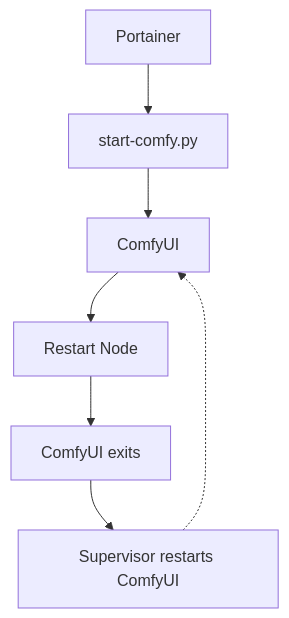
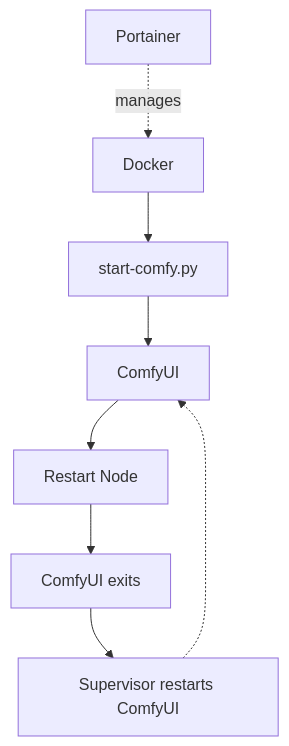
One commit to nadamas2000/comfy-restart changed the third of 4 diagrams in README.md. Above: the diagram before and after it, drawn with Mermaid.

Commit message:
Fix Docker/Portainer diagram: Docker controls the container, Portainer only manages Docker

````diff
--- a/README.md
+++ b/README.md
@@ -325,9 +325,10 @@
 ```mermaid
 flowchart TD
-    A[Portainer] --> B[start-comfy.py]
-    B --> C[ComfyUI]
-    C --> D[Restart Node]
-    D --> E[ComfyUI exits]
-    E --> F[Supervisor restarts ComfyUI]
+    P[Portainer] -.->|manages| D[Docker]
+    D --> S[start-comfy.py]
+    S --> C[ComfyUI]
+    C --> R[Restart Node]
+    R --> X[ComfyUI exits]
+    X --> F[Supervisor restarts ComfyUI]
     F -.-> C
 ```
````
